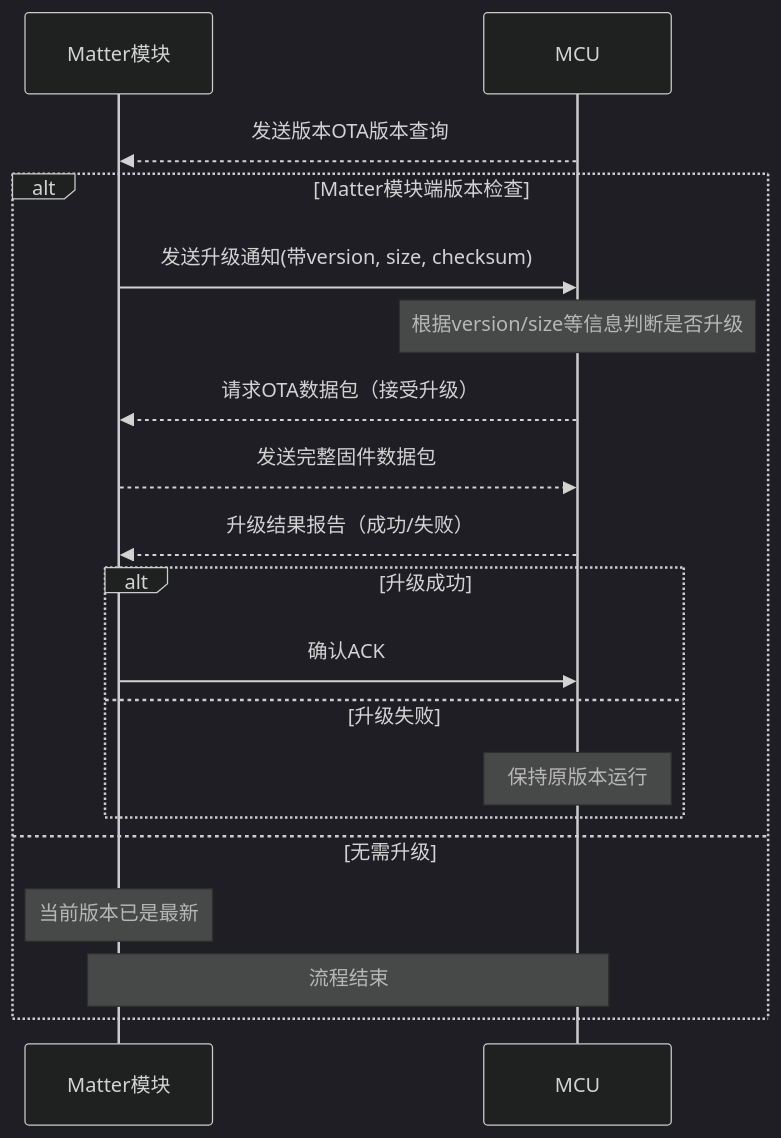
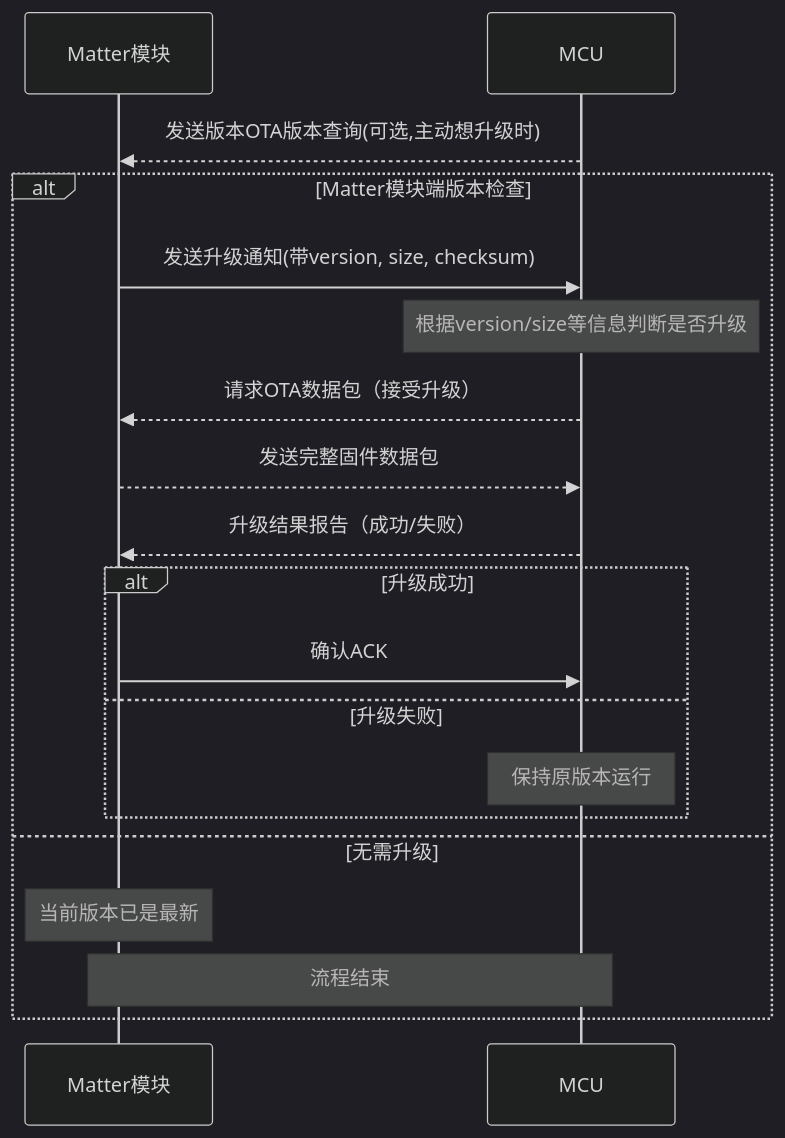
Before and after one commit to suhuide/h: the first of 3 diagrams in bk.md, drawn with Mermaid (dark theme). The commit also changed other lines of this file and 16 other files, not shown here.

````diff
--- a/bk.md
+++ b/bk.md
@@ -46,23 +53,23 @@
 ```mermaid
 sequenceDiagram
     participant Matter模块
     participant MCU
 
-    MCU-->>Matter模块: 发送版本OTA版本查询
+    MCU-->>Matter模块: 发送版本OTA版本查询(可选,主动想升级时)
 
     alt Matter模块端版本检查
         Matter模块->>MCU: 发送升级通知(带version, size, checksum)
         Note over MCU: 根据version/size等信息判断是否升级
         MCU-->>Matter模块: 请求OTA数据包（接受升级）
         Matter模块-->>MCU: 发送完整固件数据包
         MCU-->>Matter模块: 升级结果报告（成功/失败）
         alt 升级成功
             Matter模块->>MCU: 确认ACK
         else 升级失败
             Note over MCU: 保持原版本运行
         end
     else 无需升级
         Note over Matter模块: 当前版本已是最新
         Note over Matter模块, MCU: 流程结束
     end
 ```
````
